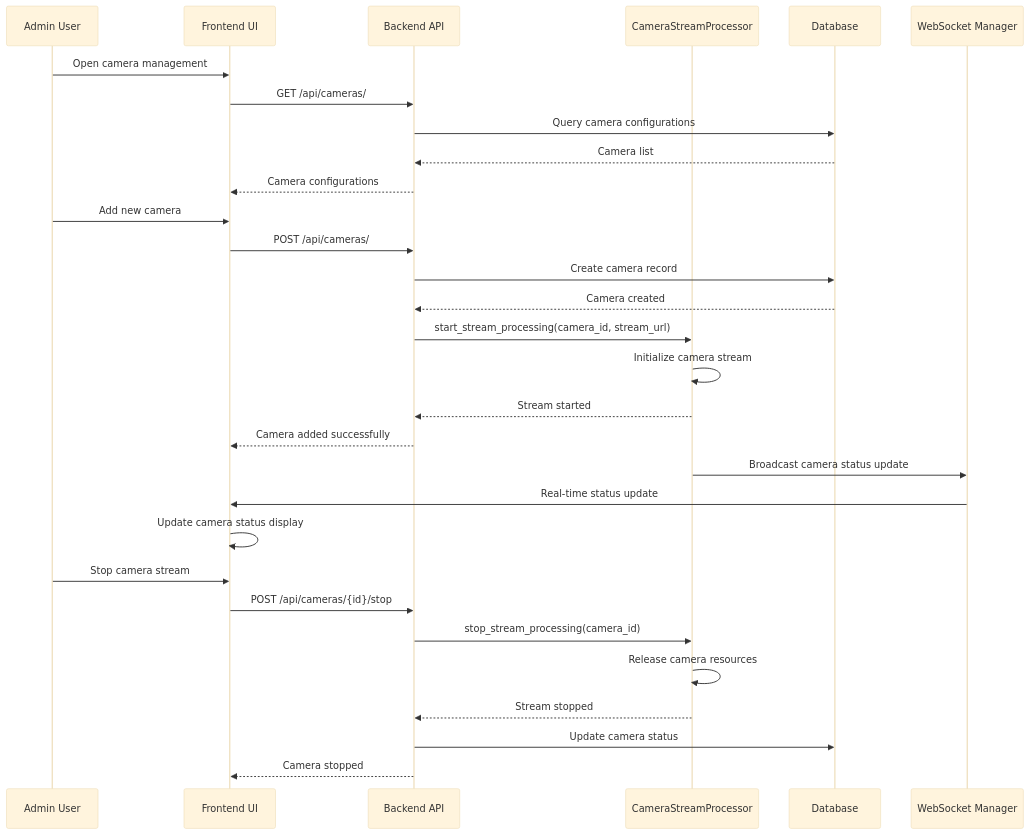
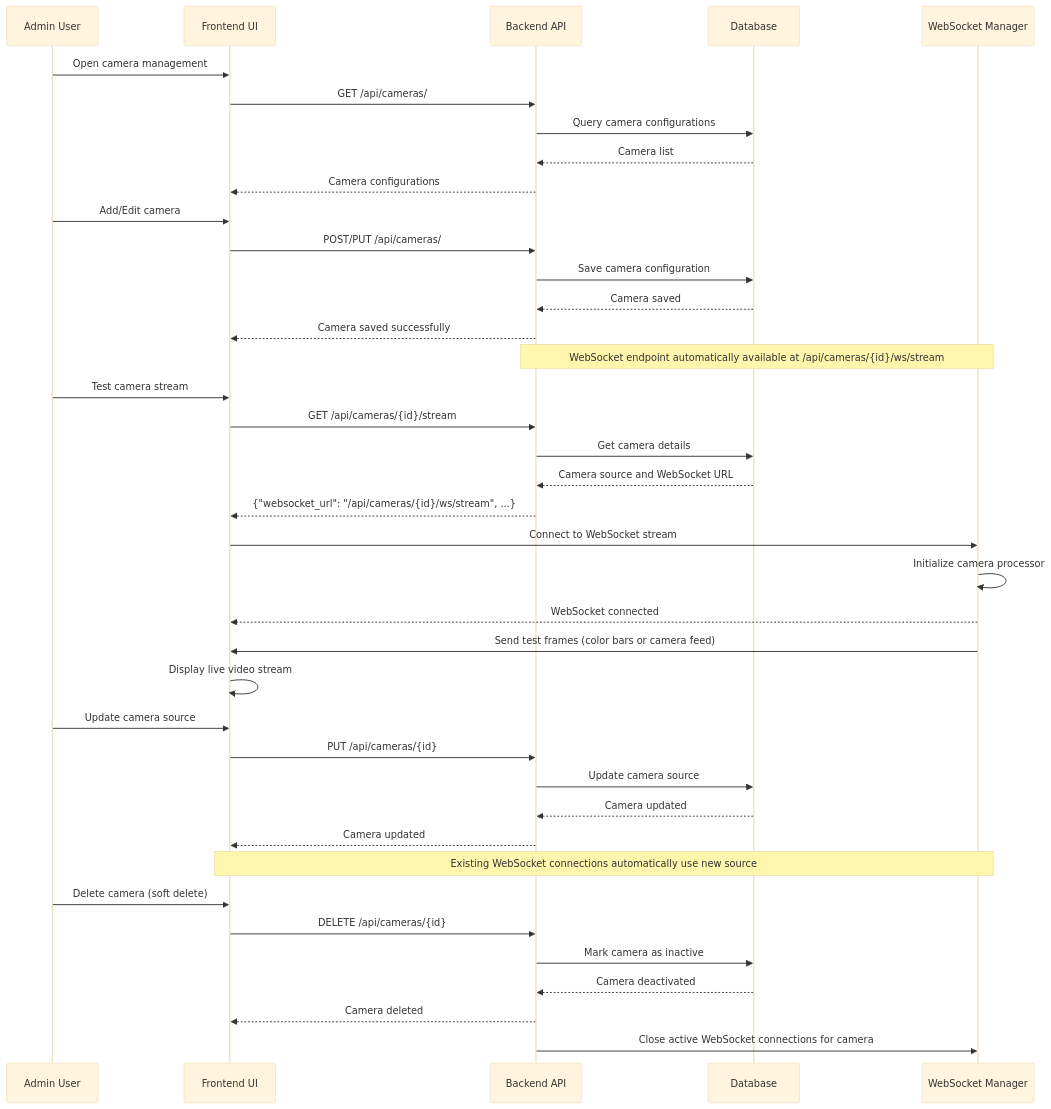
The fifth of 6 diagrams in design/sequence_diagrams.md (yaweiyang-sz/VIPReceptionSystem), drawn with Mermaid (base theme) before and after one commit. The commit also changed other lines of this file and 9 other files, not shown here.

Commit message:
Update live stream featrue from hls to websocket

````diff
--- a/design/sequence_diagrams.md
+++ b/design/sequence_diagrams.md
@@ -227,36 +240,49 @@
 ```mermaid
 sequenceDiagram
     participant Admin as Admin User
     participant Frontend as Frontend UI
     participant Backend as Backend API
-    participant Processor as CameraStreamProcessor
     participant DB as Database
     participant WS as WebSocket Manager
 
     Admin->>Frontend: Open camera management
     Frontend->>Backend: GET /api/cameras/
     Backend->>DB: Query camera configurations
     DB-->>Backend: Camera list
     Backend-->>Frontend: Camera configurations
     
-    Admin->>Frontend: Add new camera
-    Frontend->>Backend: POST /api/cameras/
-    Backend->>DB: Create camera record
-    DB-->>Backend: Camera created
-    Backend->>Processor: start_stream_processing(camera_id, stream_url)
-    Processor->>Processor: Initialize camera stream
-    Processor-->>Backend: Stream started
-    Backend-->>Frontend: Camera added successfully
+    Admin->>Frontend: Add/Edit camera
+    Frontend->>Backend: POST/PUT /api/cameras/
+    Backend->>DB: Save camera configuration
+    DB-->>Backend: Camera saved
+    Backend-->>Frontend: Camera saved successfully
     
-    Processor->>WS: Broadcast camera status update
-    WS->>Frontend: Real-time status update
-    Frontend->>Frontend: Update camera status display
+    Note over Backend,WS: WebSocket endpoint automatically available at /api/cameras/{id}/ws/stream
     
-    Admin->>Frontend: Stop camera stream
-    Frontend->>Backend: POST /api/cameras/{id}/stop
-    Backend->>Processor: stop_stream_processing(camera_id)
-    Processor->>Processor: Release camera resources
-    Processor-->>Backend: Stream stopped
-    Backend->>DB: Update camera status
-    Backend-->>Frontend: Camera stopped
+    Admin->>Frontend: Test camera stream
+    Frontend->>Backend: GET /api/cameras/{id}/stream
+    Backend->>DB: Get camera details
+    DB-->>Backend: Camera source and WebSocket URL
+    Backend-->>Frontend: {"websocket_url": "/api/cameras/{id}/ws/stream", ...}
+    
+    Frontend->>WS: Connect to WebSocket stream
+    WS->>WS: Initialize camera processor
+    WS-->>Frontend: WebSocket connected
+    WS->>Frontend: Send test frames (color bars or camera feed)
+    Frontend->>Frontend: Display live video stream
+    
+    Admin->>Frontend: Update camera source
+    Frontend->>Backend: PUT /api/cameras/{id}
+    Backend->>DB: Update camera source
+    DB-->>Backend: Camera updated
+    Backend-->>Frontend: Camera updated
+    
+    Note over Frontend,WS: Existing WebSocket connections automatically use new source
+    
+    Admin->>Frontend: Delete camera (soft delete)
+    Frontend->>Backend: DELETE /api/cameras/{id}
+    Backend->>DB: Mark camera as inactive
+    DB-->>Backend: Camera deactivated
+    Backend-->>Frontend: Camera deleted
+    Backend->>WS: Close active WebSocket connections for camera
 ```
````
